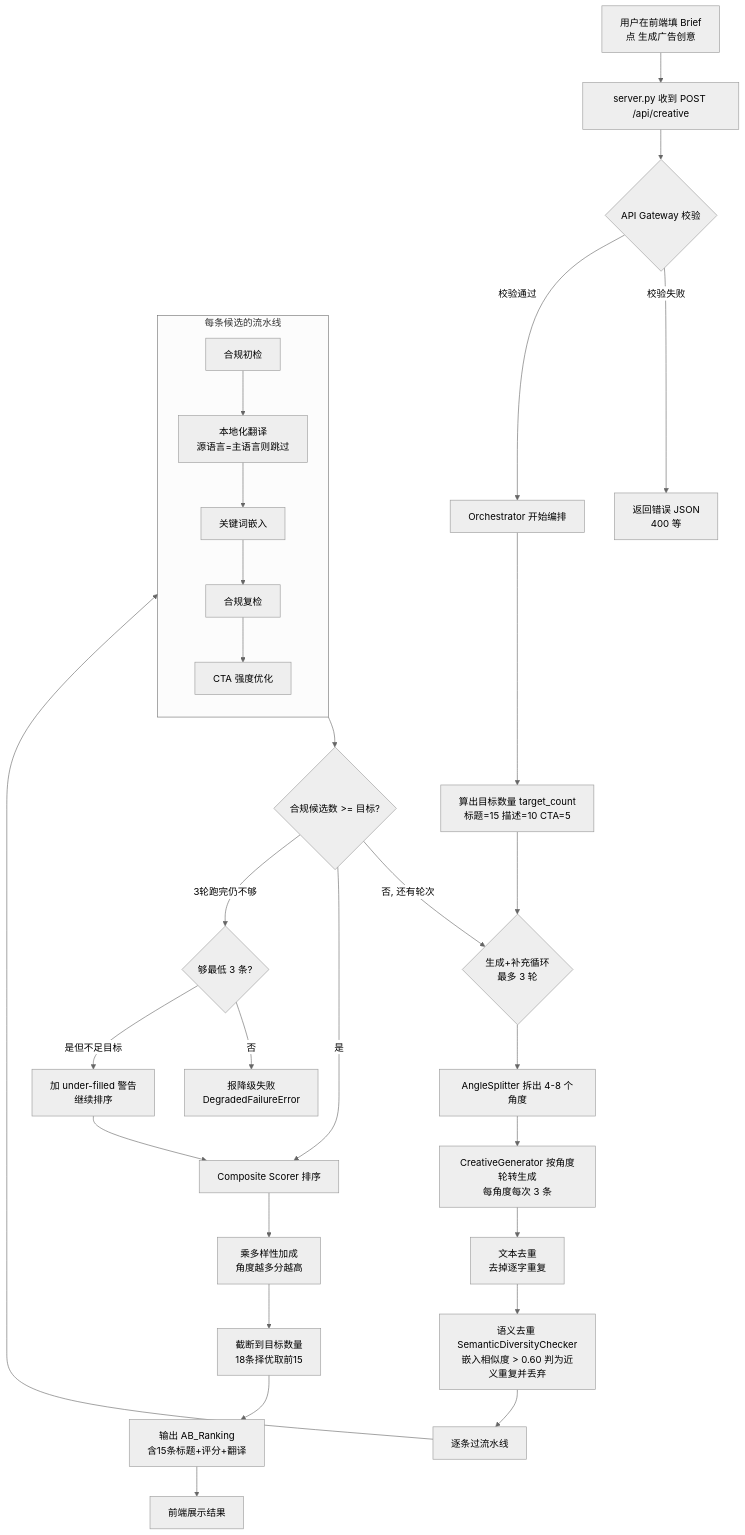
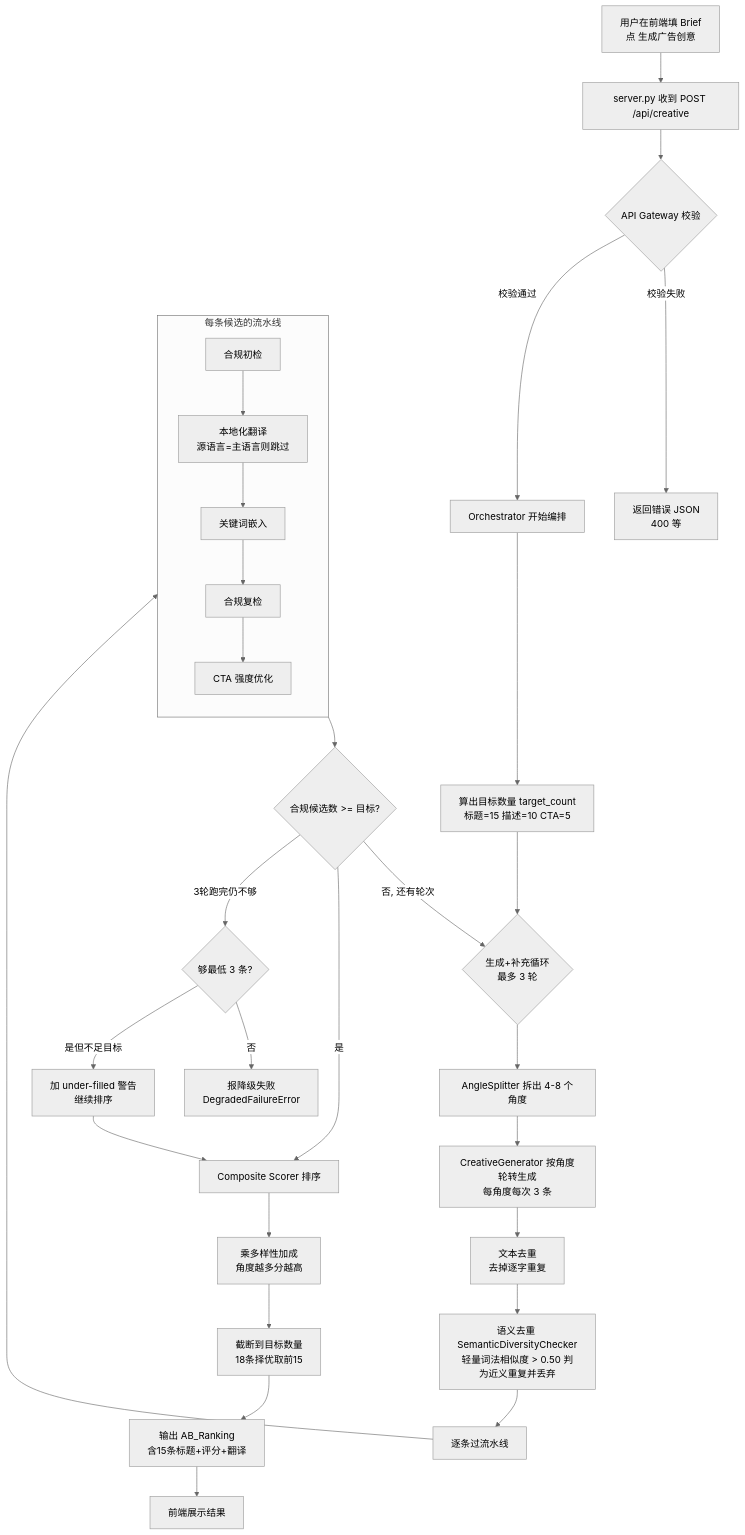
Before and after one commit to kangshengzhe/creative-editor-agent: the second of 4 diagrams in docs/WORKFLOW.md, drawn with Mermaid (neutral theme). The commit also changed other lines of this file and 4 other files, not shown here.

````diff
--- a/docs/WORKFLOW.md
+++ b/docs/WORKFLOW.md
@@ -58,39 +58,39 @@
 ```mermaid
 flowchart TD
     U[用户在前端填 Brief<br/>点 生成广告创意] --> S[server.py 收到 POST /api/creative]
     S --> G{API Gateway 校验}
     G -->|校验失败| ERR[返回错误 JSON<br/>400 等]
     G -->|校验通过| O[Orchestrator 开始编排]
 
     O --> TC[算出目标数量 target_count<br/>标题=15 描述=10 CTA=5]
     TC --> LOOP{生成+补充循环<br/>最多 3 轮}
 
     LOOP --> ANG[AngleSplitter 拆出 4-8 个角度]
     ANG --> GEN[CreativeGenerator 按角度轮转生成<br/>每角度每次 3 条]
     GEN --> TDEDUP[文本去重<br/>去掉逐字重复]
-    TDEDUP --> SEM[语义去重 SemanticDiversityChecker<br/>嵌入相似度 > 0.60 判为近义重复并丢弃]
+    TDEDUP --> SEM[语义去重 SemanticDiversityChecker<br/>轻量词法相似度 > 0.50 判为近义重复并丢弃]
     SEM --> PIPE[逐条过流水线]
 
     subgraph PIPE_DETAIL[每条候选的流水线]
         direction TB
         C1[合规初检] --> L1[本地化翻译<br/>源语言=主语言则跳过]
         L1 --> K1[关键词嵌入]
         K1 --> C2[合规复检]
         C2 --> CTA1[CTA 强度优化]
     end
 
     PIPE --> PIPE_DETAIL
     PIPE_DETAIL --> COUNT{合规候选数 >= 目标?}
     COUNT -->|否, 还有轮次| LOOP
     COUNT -->|是| RANK[Composite Scorer 排序]
     COUNT -->|3轮跑完仍不够| CHECK{够最低 3 条?}
 
     CHECK -->|否| FAIL[报降级失败<br/>DegradedFailureError]
     CHECK -->|是但不足目标| WARN[加 under-filled 警告<br/>继续排序]
     WARN --> RANK
 
     RANK --> MULT[乘多样性加成<br/>角度越多分越高]
     MULT --> TRUNC[截断到目标数量<br/>18条择优取前15]
     TRUNC --> OUT[输出 AB_Ranking<br/>含15条标题+评分+翻译]
     OUT --> FE[前端展示结果]
 ```
````
